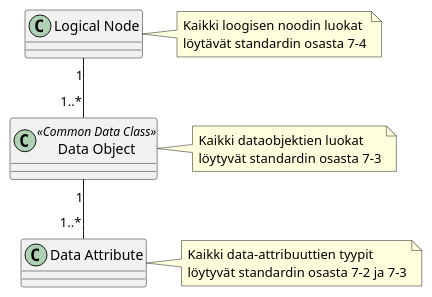
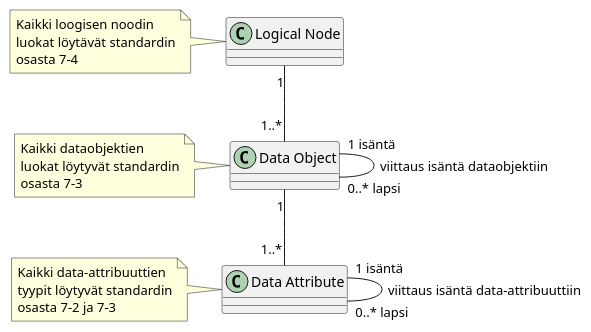
Before and after one commit to Kazhuu/tut_master_thesis: the diagram in uml/iec61850-class-hierarchy.puml, drawn with PlantUML. The commit also changed 6 other files, not shown here.

```diff
--- a/uml/iec61850-class-hierarchy.puml
+++ b/uml/iec61850-class-hierarchy.puml
@@ -1,20 +1,25 @@
 @startuml
 class "Logical Node" as ln
-note right
-	Kaikki loogisen noodin luokat
-	löytävät standardin osasta 7-4
+note left
+	Kaikki loogisen noodin
+	luokat löytävät standardin
+	osasta 7-4
 end note
-class "Data Object" as do << Common Data Class >>
-note right
-	Kaikki dataobjektien luokat
-	löytyvät standardin osasta 7-3
+class "Data Object" as do
+note left
+	Kaikki dataobjektien
+	luokat löytyvät standardin
+	osasta 7-3
 end note
 class "Data Attribute" as da
-note right
-	Kaikki data-attribuuttien tyypit
-	löytyvät standardin osasta 7-2 ja 7-3
+note left
+	Kaikki data-attribuuttien
+	tyypit löytyvät standardin
+	osasta 7-2 ja 7-3
 end note
 
 ln "1" -- "1..*" do
+do "1 isäntä" -- "0..* lapsi" do : viittaus isäntä dataobjektiin
 do "1" -- "1..*" da
+da "1 isäntä" -- "0..* lapsi" da : viittaus isäntä data-attribuuttiin
 @enduml
```
